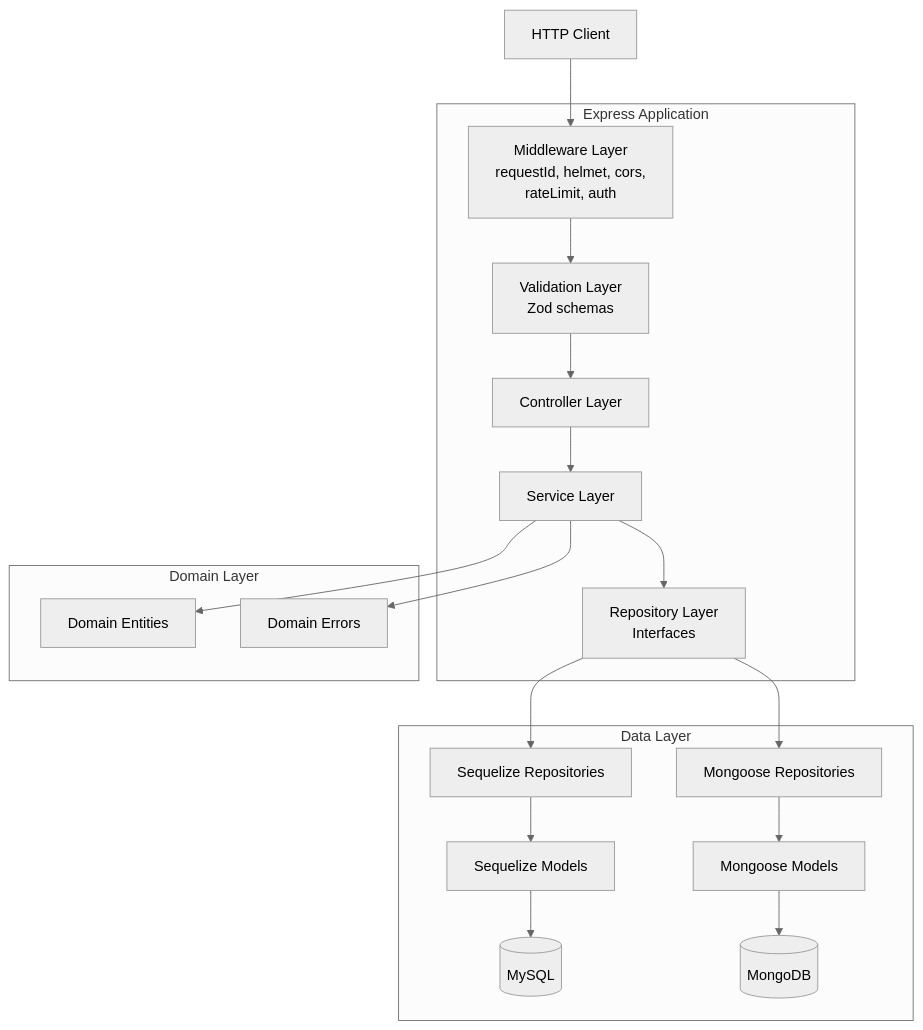
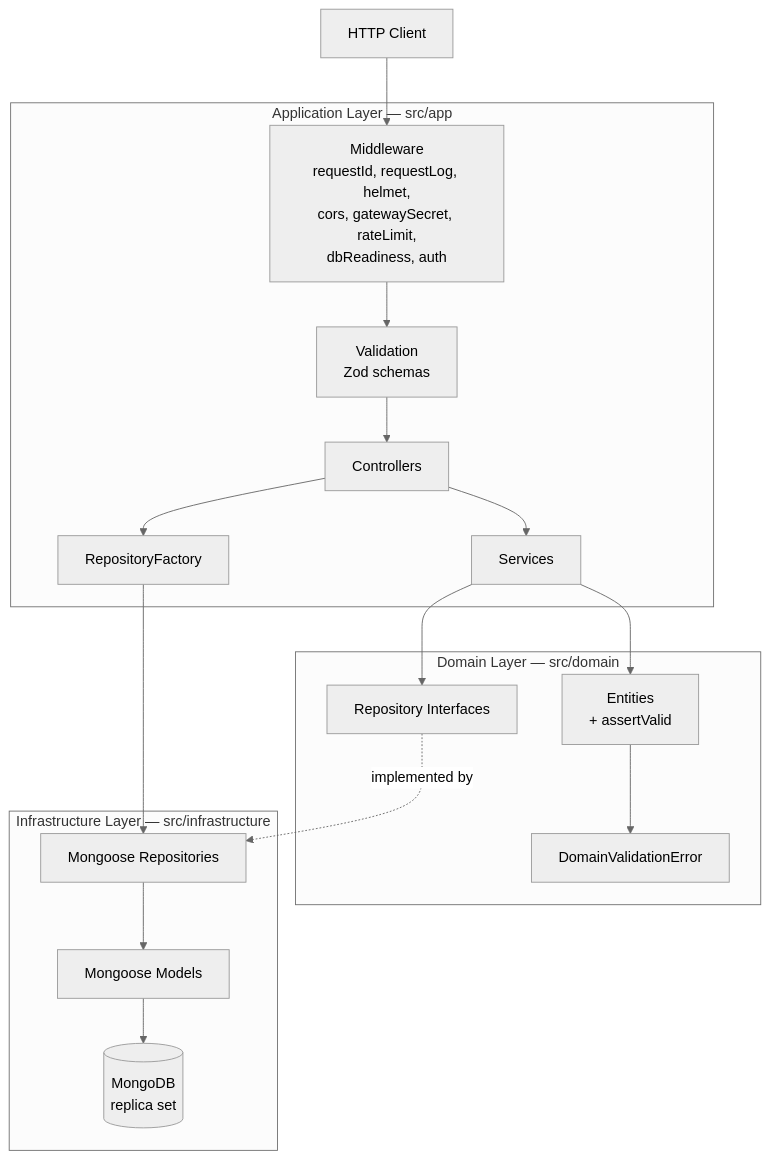
Before and after one commit to alex16jpv/lag-money-manager: the diagram in docs/agent-context.md, drawn with Mermaid (neutral theme). The commit also changed other lines of this file and 37 other files, not shown here.

````diff
--- a/docs/agent-context.md
+++ b/docs/agent-context.md
@@ -45,36 +52,34 @@
 ```mermaid
 graph TB
     Client[HTTP Client]
 
-    subgraph "Express Application"
-        MW[Middleware Layer<br/>requestId, helmet, cors,<br/>rateLimit, auth]
-        VAL[Validation Layer<br/>Zod schemas]
-        CTRL[Controller Layer]
-        SVC[Service Layer]
-        REPO[Repository Layer<br/>Interfaces]
+    subgraph "Application Layer — src/app"
+        MW[Middleware<br/>requestId, requestLog, helmet,<br/>cors, gatewaySecret, rateLimit,<br/>dbReadiness, auth]
+        VAL[Validation<br/>Zod schemas]
+        CTRL[Controllers]
+        SVC[Services]
+        FAC[RepositoryFactory]
     end
 
-    subgraph "Data Layer"
-        SEQ_REPO[Sequelize Repositories]
-        MONGO_REPO[Mongoose Repositories]
-        SEQ_MODEL[Sequelize Models]
-        MONGO_MODEL[Mongoose Models]
-        MYSQL[(MySQL)]
-        MONGODB[(MongoDB)]
+    subgraph "Domain Layer — src/domain"
+        ENT[Entities<br/>+ assertValid]
+        REPO[Repository Interfaces]
+        DOMAIN_ERR[DomainValidationError]
     end
 
-    subgraph "Domain Layer"
-        ENT[Domain Entities]
-        DOMAIN_ERR[Domain Errors]
+    subgraph "Infrastructure Layer — src/infrastructure"
+        MONGO_REPO[Mongoose Repositories]
+        MONGO_MODEL[Mongoose Models]
+        MONGODB[(MongoDB<br/>replica set)]
     end
 
     Client --> MW --> VAL --> CTRL
     CTRL --> SVC
+    CTRL --> FAC
+    FAC --> MONGO_REPO
     SVC --> REPO
-    REPO --> SEQ_REPO
-    REPO --> MONGO_REPO
-    SEQ_REPO --> SEQ_MODEL --> MYSQL
+    REPO -.->|implemented by| MONGO_REPO
     MONGO_REPO --> MONGO_MODEL --> MONGODB
     SVC --> ENT
-    SVC --> DOMAIN_ERR
+    ENT --> DOMAIN_ERR
 ```
````
